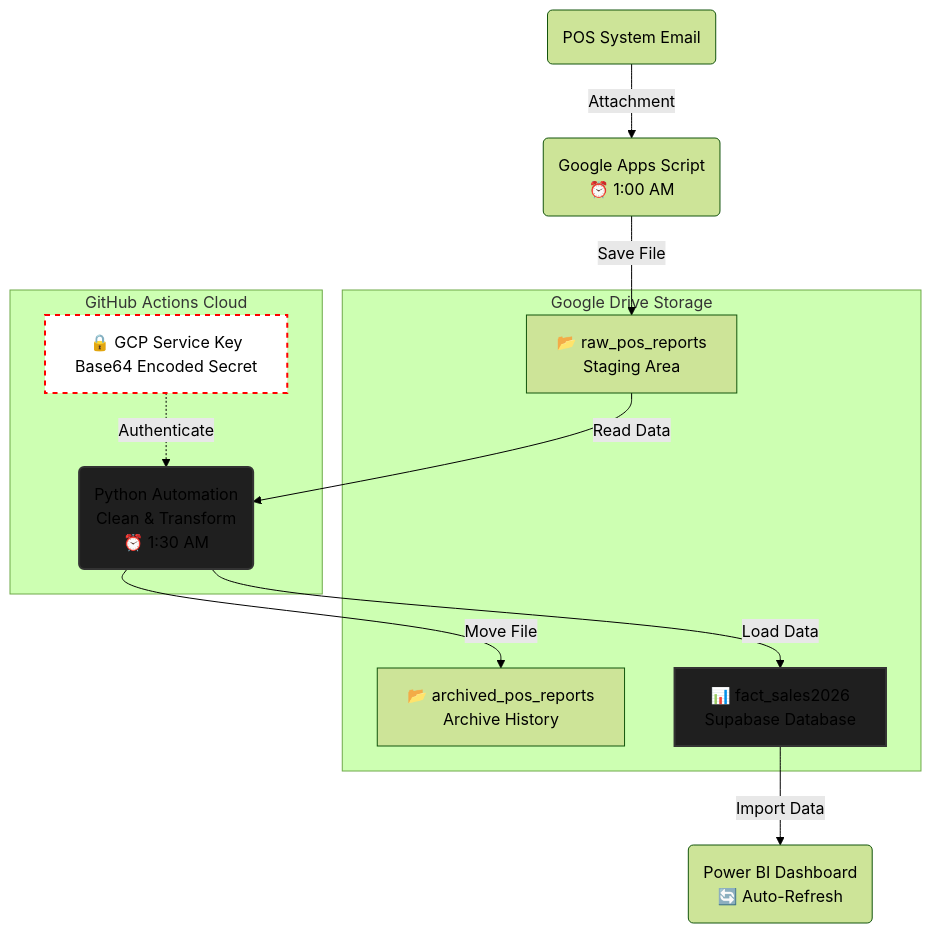
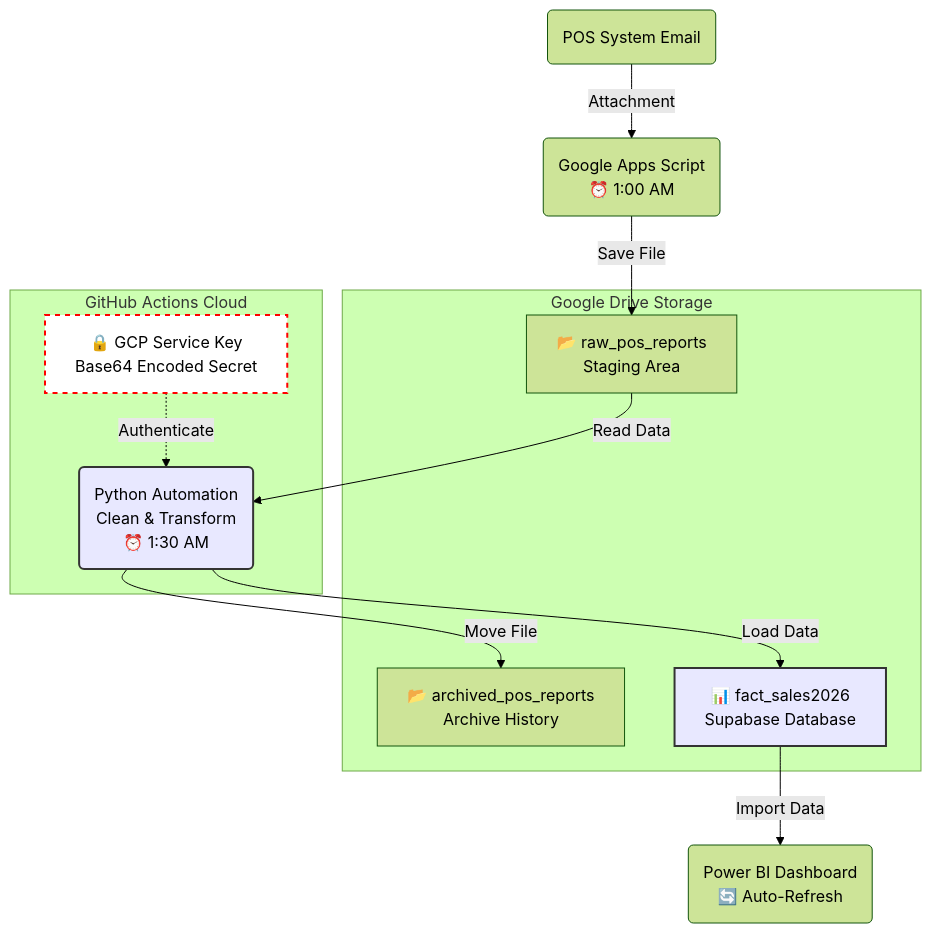
One commit to robimengote/Amante-s-Supabase-Full-Cloud-ETL-Pipeline changed the diagram in README.md. Above: the diagram before and after it, drawn with Mermaid (forest theme).

Commit message:
Edited the background colors of visual diagram

````diff
--- a/README.md
+++ b/README.md
@@ -40,36 +40,36 @@
 ```mermaid
 graph TD
     %% Nodes
     POS(POS System Email)
     GAS(Google Apps Script <br/> ⏰ 1:00 AM)
     
     subgraph Google_Drive [Google Drive Storage]
         RAW[📂 raw_pos_reports <br/> Staging Area]
         ARCHIVE_POS_REPORTS[📂 archived_pos_reports <br/> Archive History]
         MASTER_REPORT_FILE[📊 fact_sales2026<br/> Supabase Database]
     end
     
     subgraph GitHub_Cloud [GitHub Actions Cloud]
         PY(Python Automation <br/> Clean & Transform <br/> ⏰ 1:30 AM)
         SECRET[🔒 GCP Service Key <br/> Base64 Encoded Secret]
     end
     
     PBI(Power BI Dashboard <br/> 🔄 Auto-Refresh)
     
     %% Connections
     POS -->|Attachment| GAS
     GAS -->|Save File| RAW
     
     RAW -->|Read Data| PY
     SECRET -.->|Authenticate| PY
     
     PY -->|Load Data| MASTER_REPORT_FILE
     PY -->|Move File| ARCHIVE_POS_REPORTS
     
     MASTER_REPORT_FILE -->|Import Data| PBI
     
     %% Styling
-    style PY fill:#1F1F1F,stroke:#333,stroke-width:2px
-    style MASTER_REPORT_FILE fill:#1F1F1F,stroke:#333,stroke-width:2px
+    style PY fill:#E8E8FF,stroke:#333,stroke-width:2px
+    style MASTER_REPORT_FILE fill:#E8E8FF,stroke:#333,stroke-width:2px
     style SECRET fill:#fff,stroke:#f00,stroke-width:2px,stroke-dasharray: 5 5
 ```
````
